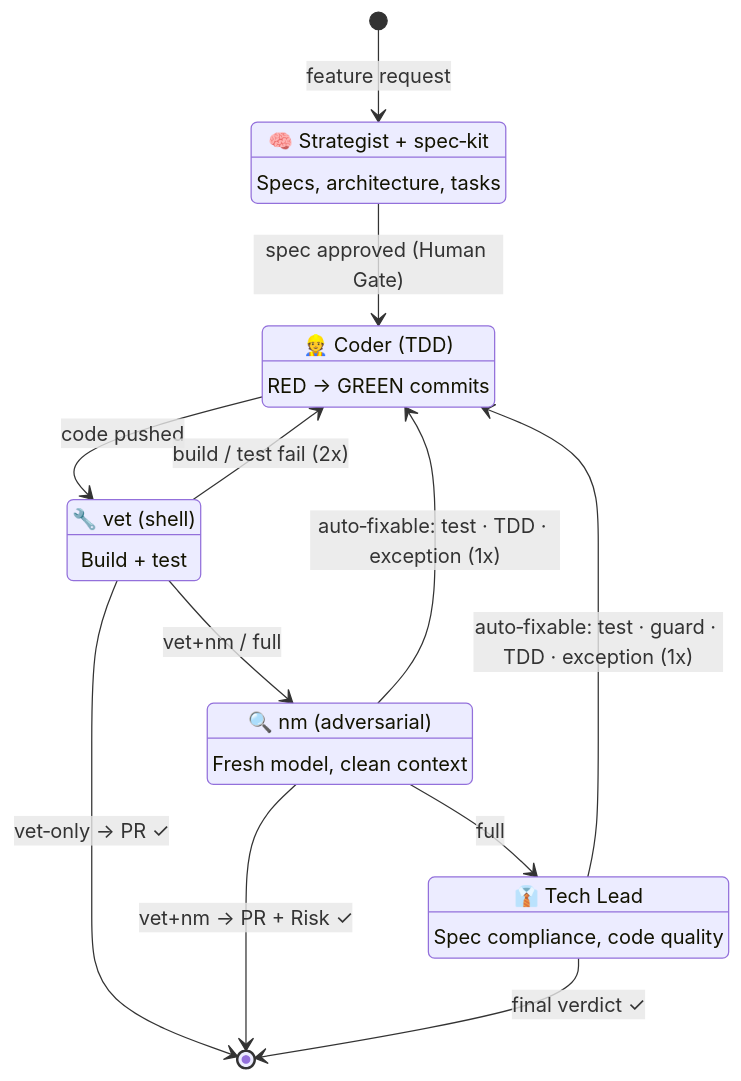
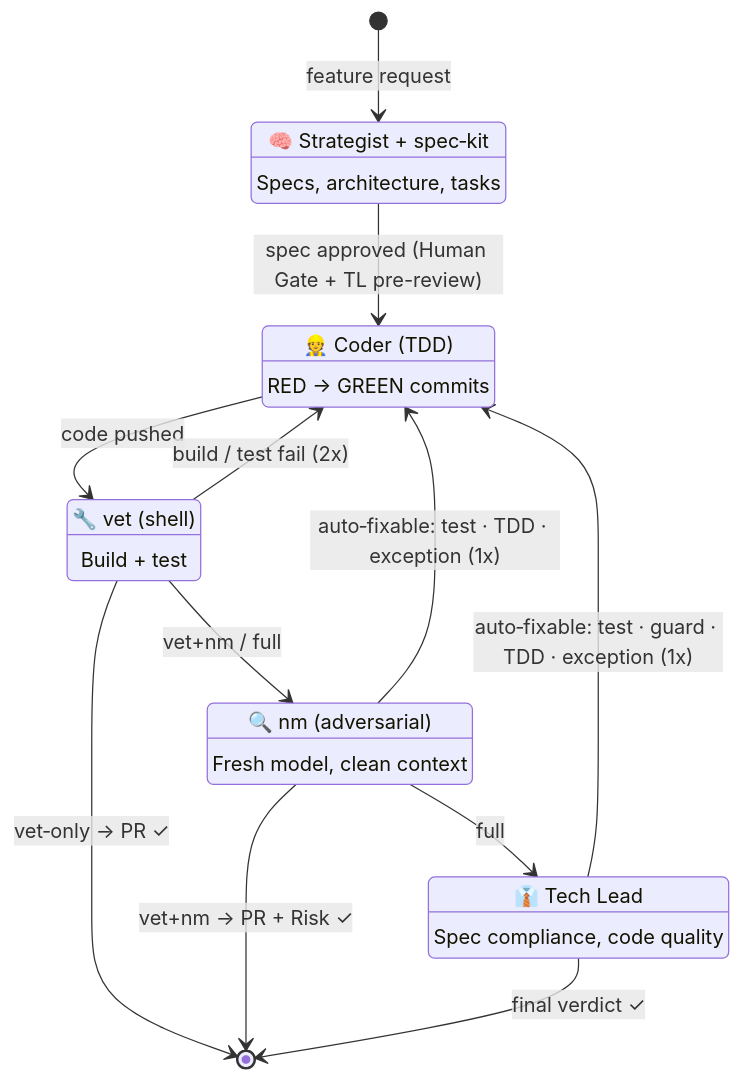
One commit to siongsheng/hermes-panel changed the diagram in README.md. Above: the diagram before and after it, drawn with Mermaid. The commit also changed 1 other file, not shown here.

Commit message:
diagram: label Plan→Implement with Human Gate + TL pre-review
TL checks the spec before code (architectural impact, test plan)
and the PR after code (spec compliance). One phase, two checkpoints.
Diagram stays 5-state.

````diff
--- a/README.md
+++ b/README.md
@@ -40,30 +40,30 @@
 ```mermaid
 stateDiagram-v2
     direction TB
 
     Plan : 🧠 Strategist + spec‑kit
     Plan : Specs, architecture, tasks
     Implement : 👷 Coder (TDD)
     Implement : RED → GREEN commits
     Validate : 🔧 vet (shell)
     Validate : Build + test
     Verify : 🔍 nm (adversarial)
     Verify : Fresh model, clean context
     Review : 👔 Tech Lead
     Review : Spec compliance, code quality
 
     [*] --> Plan : feature request
-    Plan --> Implement : spec approved (Human Gate)
+    Plan --> Implement : spec approved (Human Gate + TL pre-review)
 
     Implement --> Validate : code pushed
     Validate --> Implement : build / test fail (2x)
     Validate --> [*] : vet‑only → PR ✓
     Validate --> Verify : vet+nm / full
 
     Verify --> Implement : auto‑fixable: test · TDD · exception (1x)
     Verify --> [*] : vet+nm → PR + Risk ✓
     Verify --> Review : full
 
     Review --> Implement : auto‑fixable: test · guard · TDD · exception (1x)
     Review --> [*] : final verdict ✓
 ```
````
